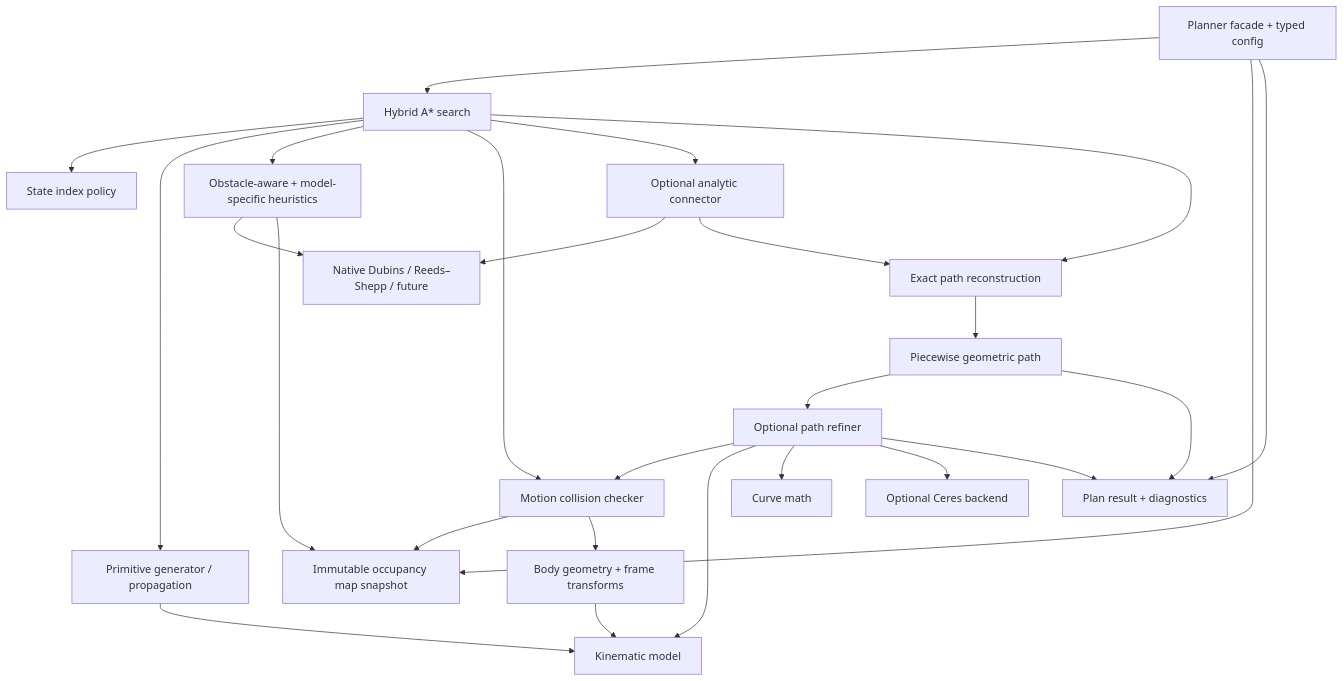
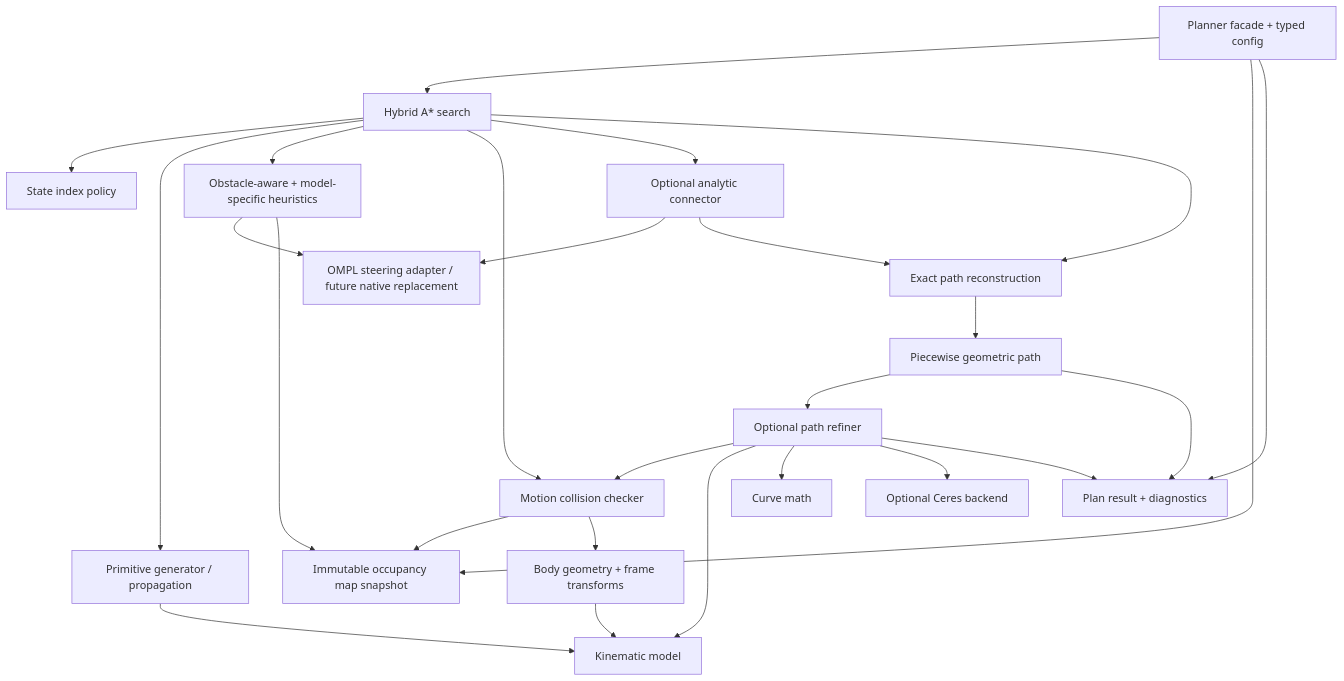
The second of 2 diagrams in docs/architecture/components.md (civcode/hybrid-astar-cpp), drawn with Mermaid before and after one commit.

Commit message:
docs: clarify dual-heuristic default and pose-sampled collision semantics

````diff
--- a/docs/architecture/components.md
+++ b/docs/architecture/components.md
@@ -23,28 +23,28 @@
 ```mermaid
 flowchart TD
   API[Planner facade + typed config] --> S[Hybrid A* search]
   API --> ENV[Immutable occupancy map snapshot]
   S --> KEY[State index policy]
   S --> MOT[Primitive generator / propagation]
   S --> H[Obstacle-aware + model-specific heuristics]
   S --> COL[Motion collision checker]
   S --> ANA[Optional analytic connector]
   MOT --> KM[Kinematic model]
-  ANA --> STEER[Native Dubins / Reeds–Shepp / future]
+  ANA --> STEER[OMPL steering adapter / future native replacement]
   H --> STEER
   H --> ENV
   COL --> ENV
   COL --> GEO[Body geometry + frame transforms]
   GEO --> KM
   S --> REC[Exact path reconstruction]
   ANA --> REC
   REC --> PATH[Piecewise geometric path]
   PATH --> REF[Optional path refiner]
   REF --> COL
   REF --> KM
   REF --> CURVE[Curve math]
   REF --> OPT[Optional Ceres backend]
   API --> OUT[Plan result + diagnostics]
   PATH --> OUT
   REF --> OUT
 ```
````
